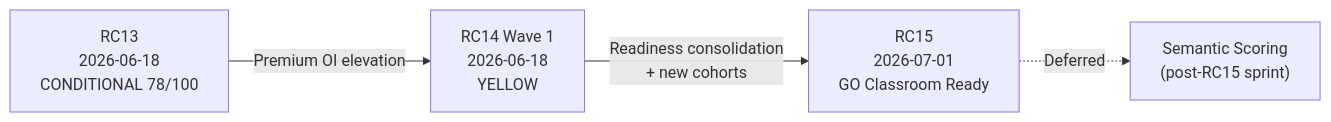
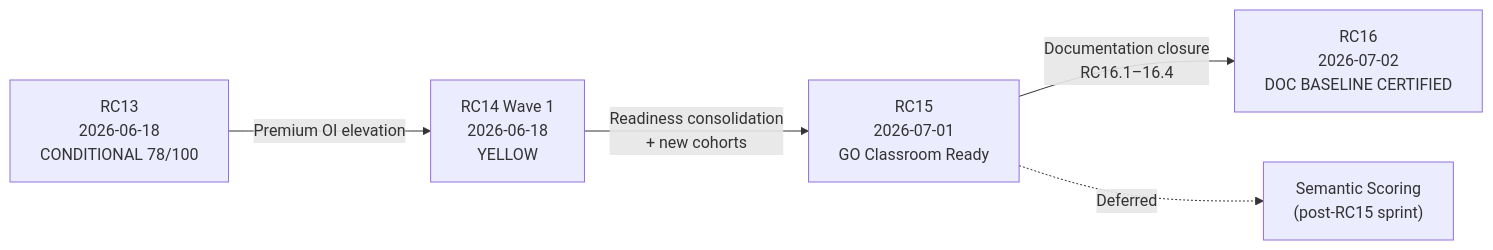
Before and after one commit to Gibran-T/tec-wms-simulator-production: the diagram in docs/RELEASE_HISTORY.md, drawn with Mermaid. The commit also changed other lines of this file and 24 other files, not shown here.

````diff
--- a/docs/RELEASE_HISTORY.md
+++ b/docs/RELEASE_HISTORY.md
@@ -209,10 +268,12 @@
 ```mermaid
 flowchart LR
   RC13["RC13<br/>2026-06-18<br/>CONDITIONAL 78/100"]
   RC14["RC14 Wave 1<br/>2026-06-18<br/>YELLOW"]
   RC15["RC15<br/>2026-07-01<br/>GO Classroom Ready"]
+  RC16["RC16<br/>2026-07-02<br/>DOC BASELINE CERTIFIED"]
 
   RC13 -->|"Premium OI elevation"| RC14
   RC14 -->|"Readiness consolidation<br/>+ new cohorts"| RC15
+  RC15 -->|"Documentation closure<br/>RC16.1–16.4"| RC16
   RC15 -.->|"Deferred"| SEM["Semantic Scoring<br/>(post-RC15 sprint)"]
 ```
````
